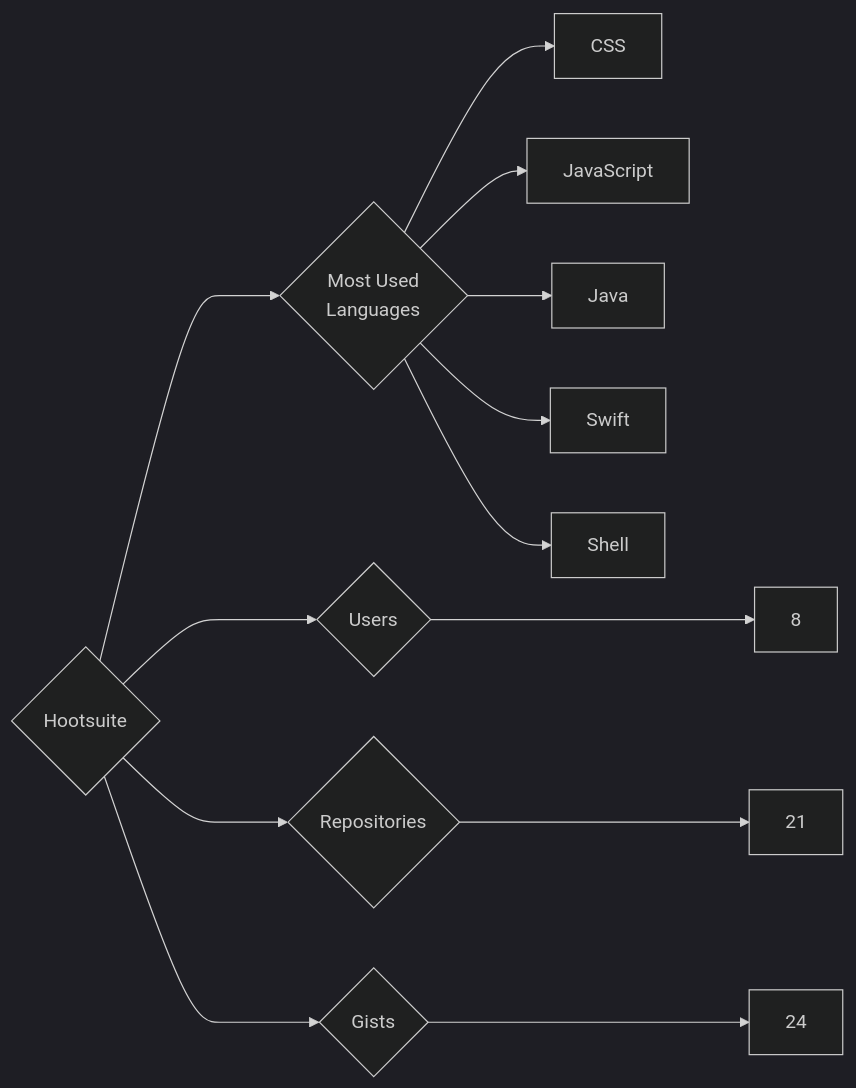
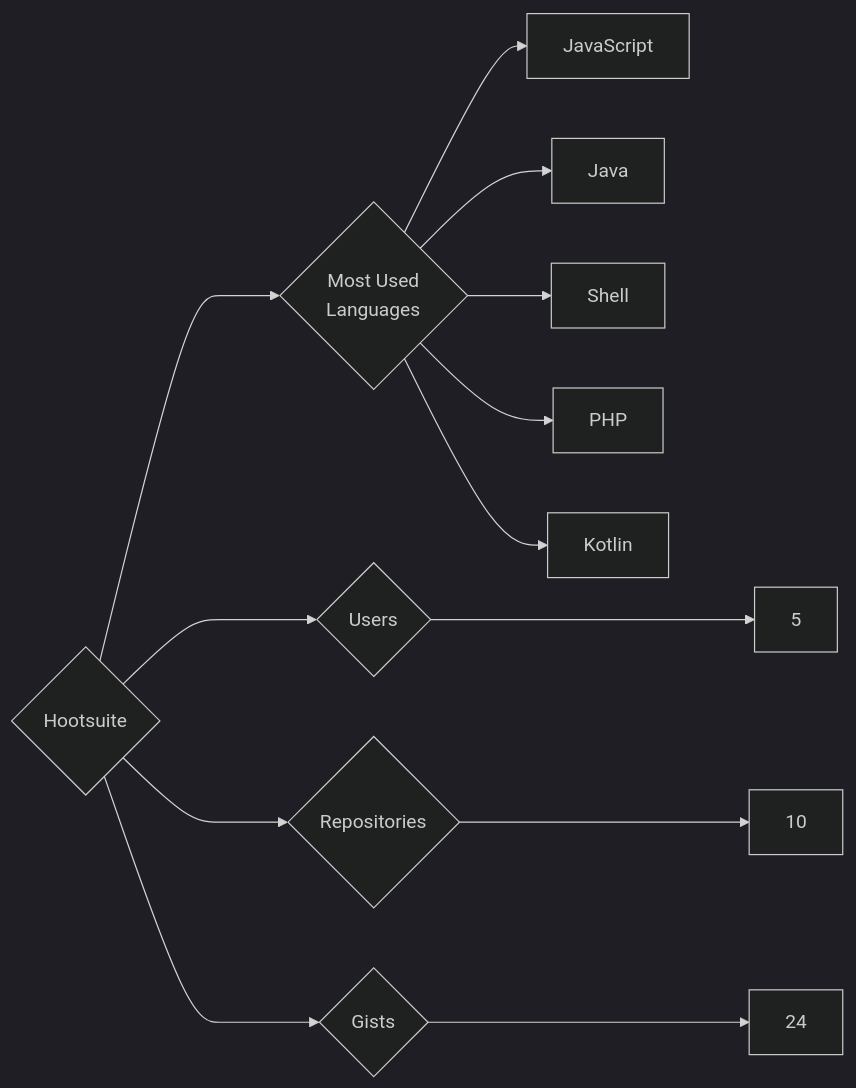
The diagram in targets/Hootsuite/README.md (trickest/insiders), drawn with Mermaid (dark theme) before and after one commit. The commit also changed 1170 other files, not shown here.

````diff
--- a/targets/Hootsuite/README.md
+++ b/targets/Hootsuite/README.md
@@ -3,13 +3,13 @@
 ```mermaid
 graph LR
 COMPANY_NAME{Hootsuite}
-COMPANY_NAME ---> U{Users} ---> UN[8]
-COMPANY_NAME ---> R{Repositories} ---> RN[21]
+COMPANY_NAME ---> U{Users} ---> UN[5]
+COMPANY_NAME ---> R{Repositories} ---> RN[10]
 COMPANY_NAME ---> G{Gists} ---> GN[24]
 COMPANY_NAME ---> ML{Most Used<br>Languages}
-ML --> CSS[CSS]
 ML --> JavaScript[JavaScript]
 ML --> Java[Java]
-ML --> Swift[Swift]
 ML --> Shell[Shell]
+ML --> PHP[PHP]
+ML --> Kotlin[Kotlin]
 ```
````
